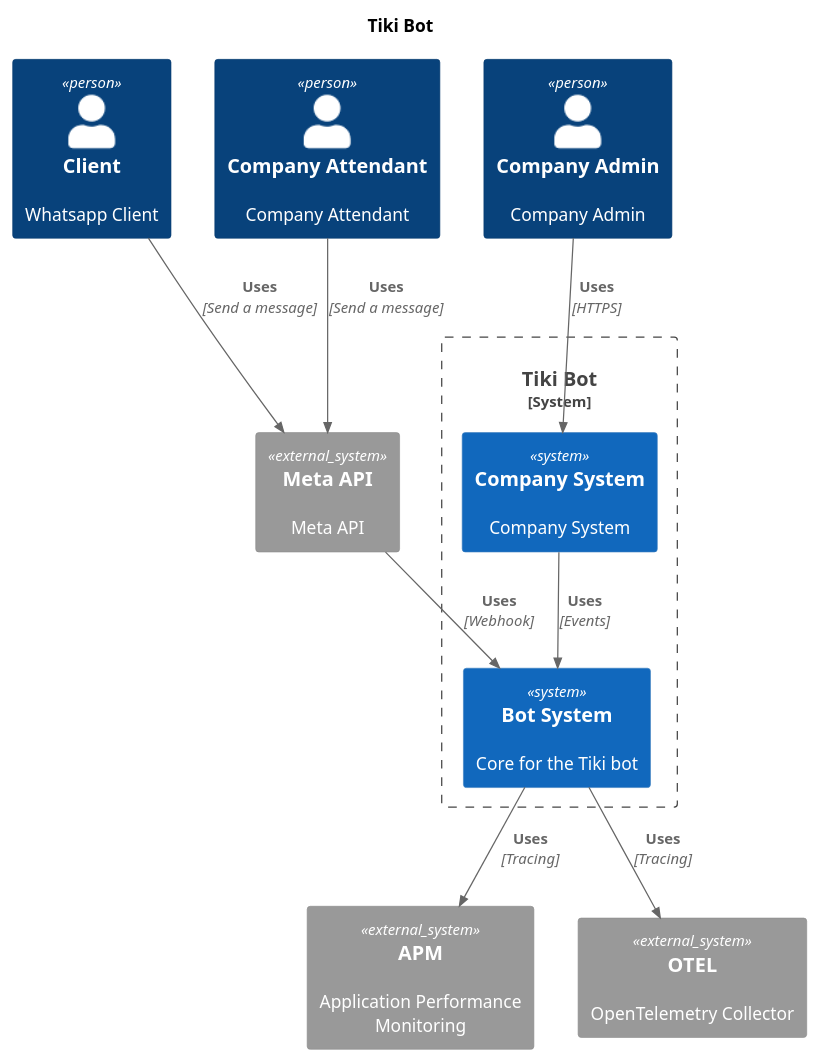
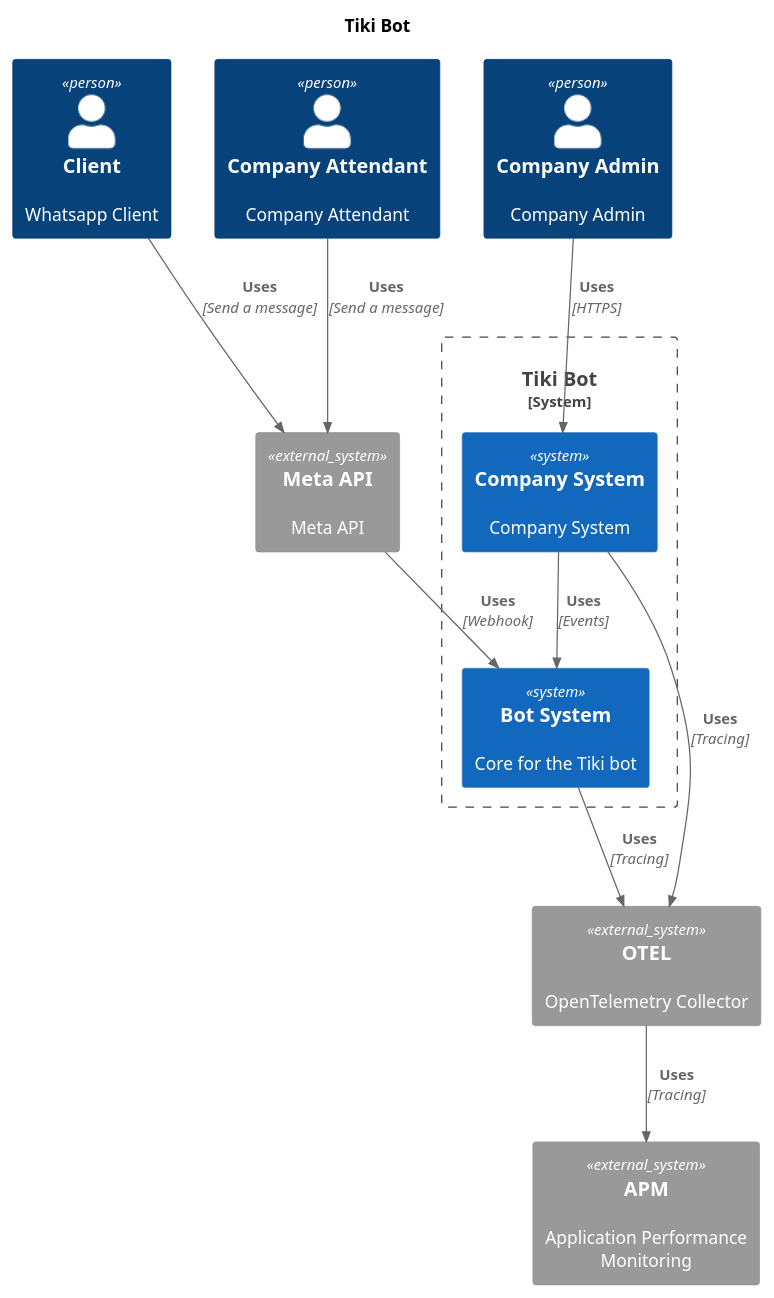
Before and after one commit to We-Tiki/Tiki-Bot-Docs: the diagram in Archtecture/PUML/context.puml, drawn with PlantUML. The commit also changed 2 other files, not shown here.

Commit message:
feat: company system and webhook component

```diff
--- a/Archtecture/PUML/context.puml
+++ b/Archtecture/PUML/context.puml
@@ -1,28 +1,29 @@
 @startuml
 !include https://raw.githubusercontent.com/plantuml-stdlib/C4-PlantUML/master/C4_Context.puml
 
 title "Tiki Bot"
 Person(client, "Client", "Whatsapp Client")
 Person(company_admin, "Company Admin", "Company Admin")
 Person(company_attendant, "Company Attendant", "Company Attendant")
 
 System_Boundary(Bot, "Tiki Bot") {
 
 System(CoreBot, "Bot System", "Core for the Tiki bot")
 System(Company, "Company System", "Company System")
 
 }
 
 System_Ext(meta_api, "Meta API", "Meta API")
 System_Ext(apm, "APM", "Application Performance Monitoring")
 System_Ext(collect, "OTEL", "OpenTelemetry Collector")
 
 Rel(client, meta_api, "Uses", "Send a message")
 Rel(company_attendant, meta_api, "Uses", "Send a message")
 Rel(meta_api, CoreBot, "Uses", "Webhook")
 Rel(Company, CoreBot, "Uses", "Events")
 Rel(company_admin, Company, "Uses", "HTTPS")
-Rel(CoreBot, apm, "Uses", "Tracing")
 Rel(CoreBot, collect, "Uses", "Tracing")
+Rel(Company, collect, "Uses", "Tracing")
+Rel(collect, apm, "Uses", "Tracing")
 
 @enduml
```
